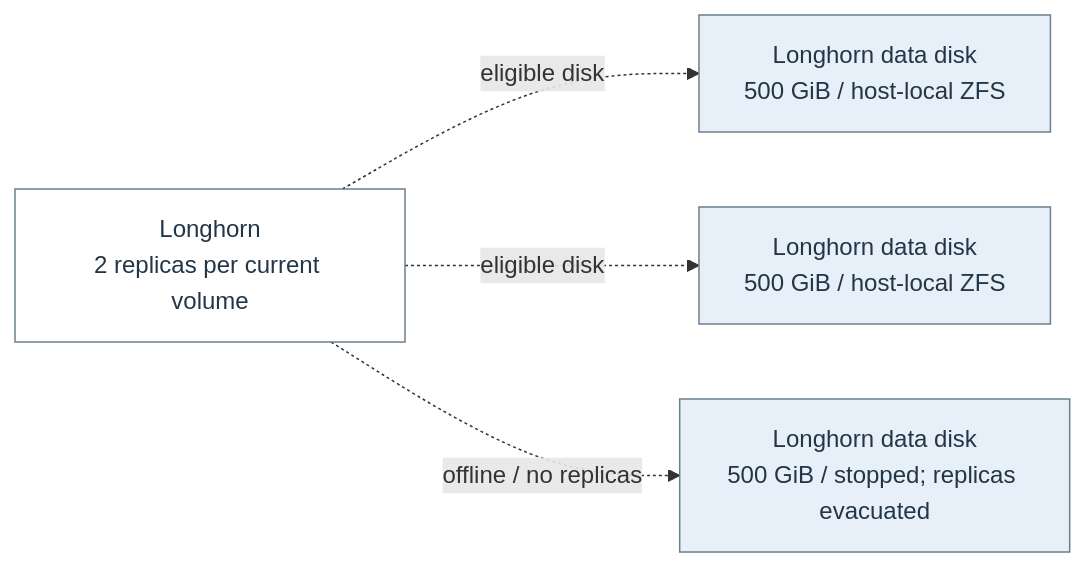
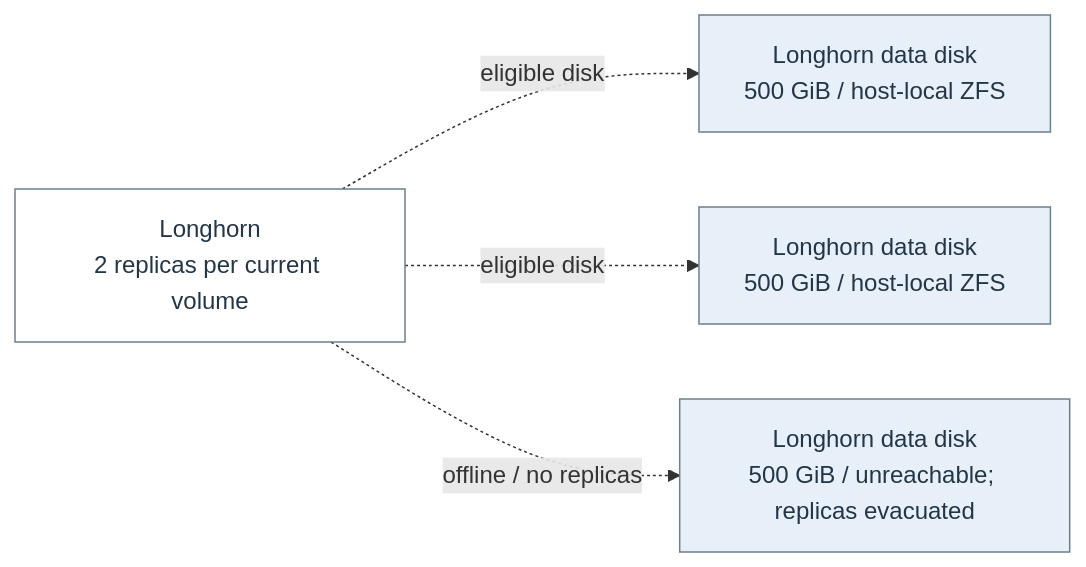
One commit to Harsh-2002/Homelab changed diagram 22 of 22 in docs/architecture/homelab-mermaid.md. Above: the diagram before and after it, drawn with Mermaid. The commit also changed other lines of this file and 67 other files, not shown here.

````diff
--- a/docs/architecture/homelab-mermaid.md
+++ b/docs/architecture/homelab-mermaid.md
@@ -620,14 +620,14 @@
 ```mermaid
 flowchart LR
   n_flow_19_0["Longhorn<br/>2 replicas per current volume"]
   n_flow_19_1["Longhorn data disk<br/>500 GiB / host-local ZFS"]
   n_flow_19_2["Longhorn data disk<br/>500 GiB / host-local ZFS"]
-  n_flow_19_3["Longhorn data disk<br/>500 GiB / stopped; replicas evacuated"]
+  n_flow_19_3["Longhorn data disk<br/>500 GiB / unreachable; replicas evacuated"]
   n_flow_19_0 -.->|"eligible disk"| n_flow_19_1
   n_flow_19_0 -.->|"eligible disk"| n_flow_19_2
   n_flow_19_0 -.->|"offline / no replicas"| n_flow_19_3
   classDef c_flow_19_0 fill:#ffffff,stroke:#6c7f8c,color:#233647;
   class n_flow_19_0 c_flow_19_0;
   classDef c_flow_19_1 fill:#e7eff8,stroke:#6c7f8c,color:#233647;
   class n_flow_19_1,n_flow_19_2,n_flow_19_3 c_flow_19_1;
 ```
````
